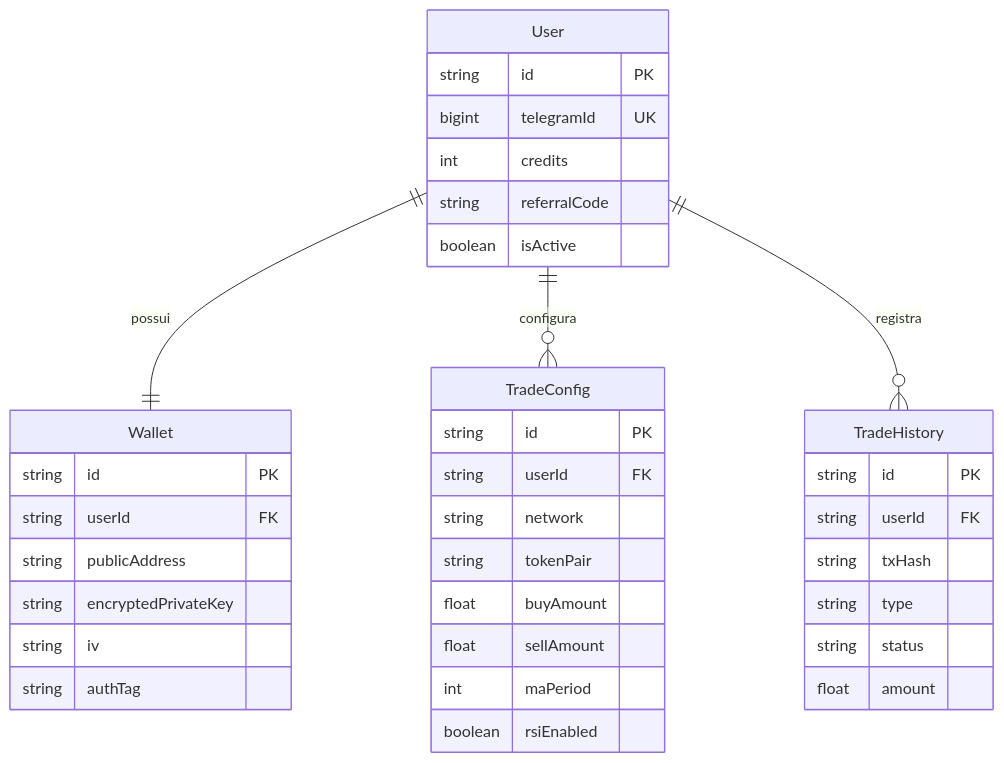
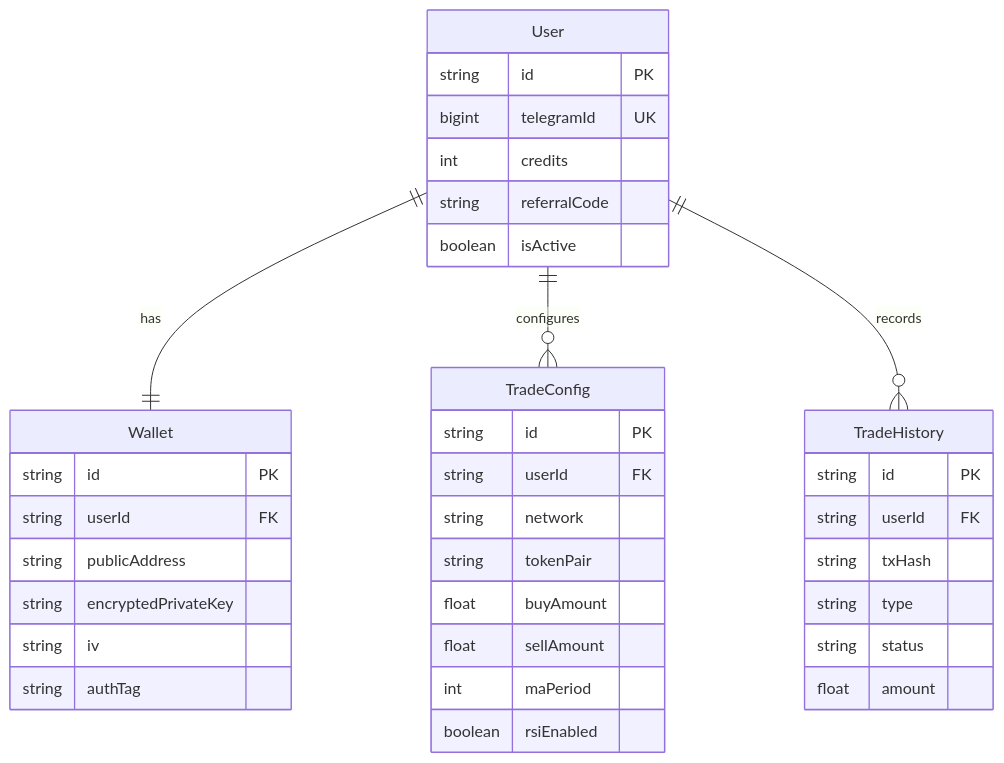
One commit to alanvito1/bcoin_sen_blockchain_trader changed the second of 3 diagrams in docs/ARCHITECTURE.md. Above: the diagram before and after it, drawn with Mermaid. The commit also changed other lines of this file and 88 other files, not shown here.

````diff
--- a/docs/ARCHITECTURE.md
+++ b/docs/ARCHITECTURE.md
@@ -57,43 +57,43 @@
 ```mermaid
 erDiagram
-    User ||--|| Wallet : "possui"
-    User ||--o{ TradeConfig : "configura"
-    User ||--o{ TradeHistory : "registra"
+    User ||--|| Wallet : "has"
+    User ||--o{ TradeConfig : "configures"
+    User ||--o{ TradeHistory : "records"
     
     User {
         string id PK
         bigint telegramId UK
         int credits
         string referralCode
         boolean isActive
     }
     
     Wallet {
         string id PK
         string userId FK
         string publicAddress
         string encryptedPrivateKey
         string iv
         string authTag
     }
     
     TradeConfig {
         string id PK
         string userId FK
         string network
         string tokenPair
         float buyAmount
         float sellAmount
         int maPeriod
         boolean rsiEnabled
     }
     
     TradeHistory {
         string id PK
         string userId FK
         string txHash
         string type
         string status
         float amount
     }
 ```
````
